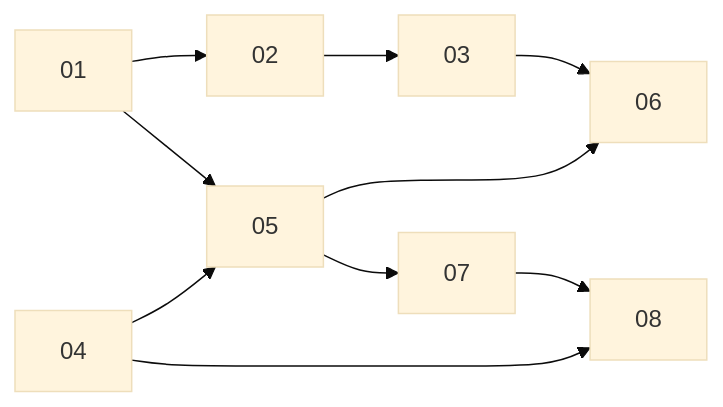
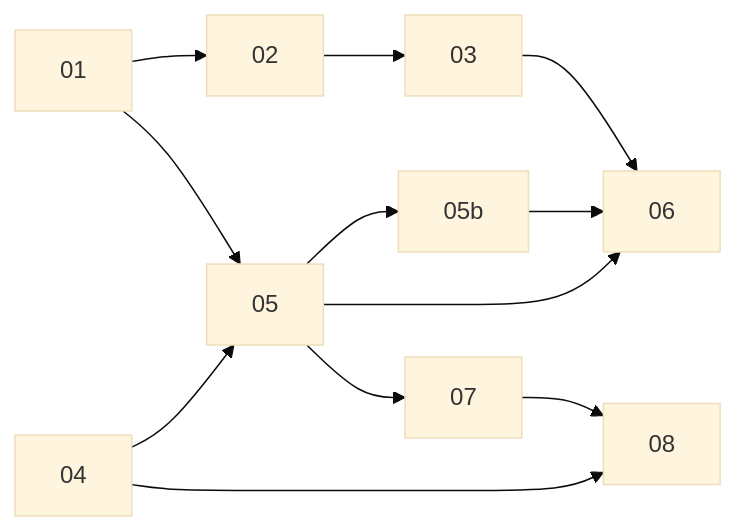
One commit to dam-agents/dam changed the second of 2 diagrams in docs/plan/5240-measured-spend-screens/README.md. Above: the diagram before and after it, drawn with Mermaid (base theme). The commit also changed other lines of this file and 31 other files, not shown here.

````diff
--- a/docs/plan/5240-measured-spend-screens/README.md
+++ b/docs/plan/5240-measured-spend-screens/README.md
@@ -328,11 +364,13 @@
 ```mermaid
 flowchart LR
   01 --> 02 --> 03
   01 --> 05
   04 --> 05
+  05 --> 05b
   03 --> 06
   05 --> 06
+  05b --> 06
   05 --> 07
   04 --> 08
   07 --> 08
 ```
````
